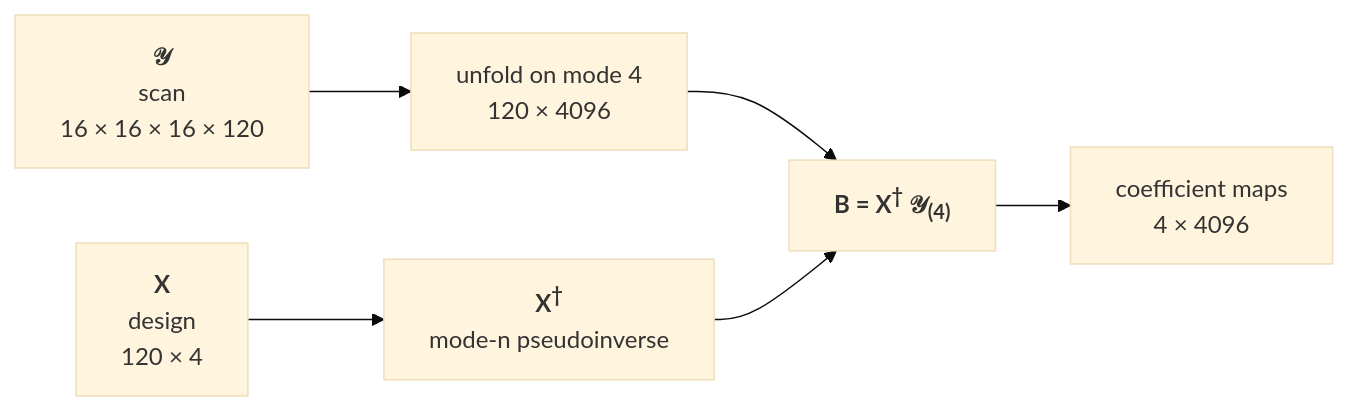
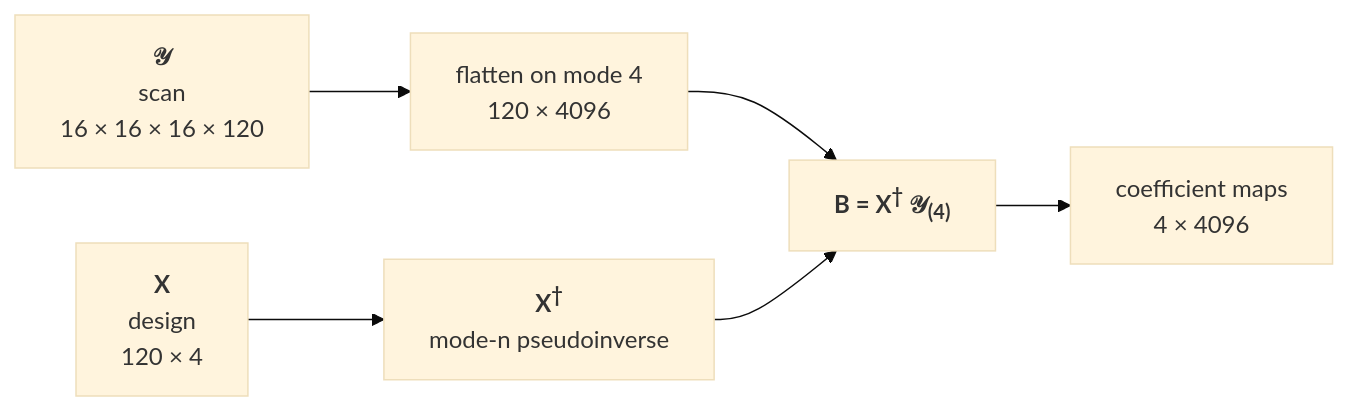
One commit to project-delphi/ml-blog changed the third of 4 diagrams in posts/tensor-inverses-in-practice/index.qmd. Above: the diagram before and after it, drawn with Mermaid (base theme). The commit also changed other lines of this file and 4 other files, not shown here.

````diff
--- a/posts/tensor-inverses-in-practice/index.qmd
+++ b/posts/tensor-inverses-in-practice/index.qmd
@@ -395,10 +435,10 @@
 ```{mermaid}
 %%| label: fig-scan-flow
-%%| fig-cap: "Regression along one mode. Time is mode 4, and the three space modes are stacked up as columns, so the solve is the size of the design rather than the size of the scan."
+%%| fig-cap: "Regression along one mode. Time is mode 4, and the three space modes become columns, so the solve is the size of the design rather than the size of the scan."
 flowchart LR
-  Y["<b>𝒴</b><br/>scan<br/>16 × 16 × 16 × 120"] --> U["unfold on mode 4<br/>120 × 4096"]
+  Y["<b>𝒴</b><br/>scan<br/>16 × 16 × 16 × 120"] --> U["flatten on mode 4<br/>120 × 4096"]
   X["<b>X</b><br/>design<br/>120 × 4"] --> P["<b>X<sup>†</sup></b><br/>mode-n pseudoinverse"]
   U --> M["<b>B = X<sup>†</sup> 𝒴<sub>(4)</sub></b>"]
   P --> M
   M --> R["coefficient maps<br/>4 × 4096"]
 ```
````
